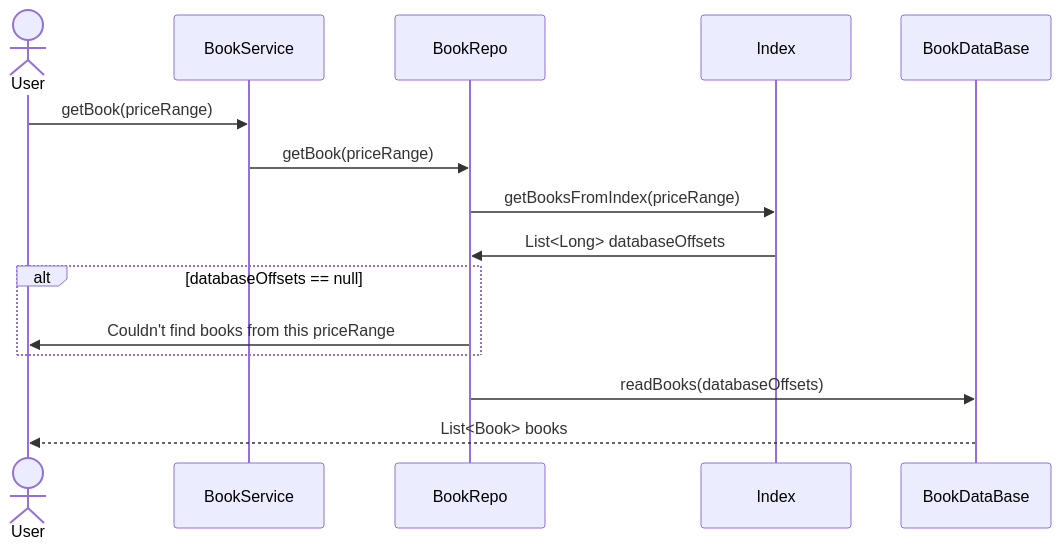
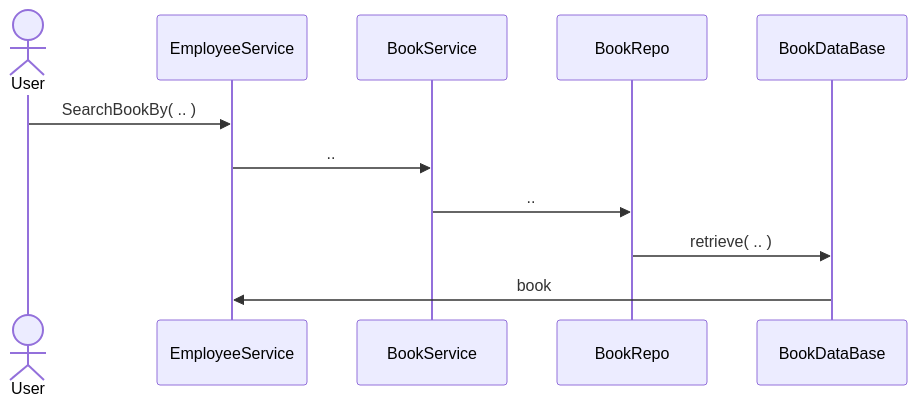
One commit to Apameus/Bookly changed the eighth of 10 diagrams in docs/high_level_architecture.md. Above: the diagram before and after it, drawn with Mermaid. The commit also changed other lines of this file, not shown here.

Commit message:
high_level_architecture.md  BETA

````diff
--- a/docs/high_level_architecture.md
+++ b/docs/high_level_architecture.md
@@ -90,18 +116,13 @@
 ```mermaid
 sequenceDiagram
     actor U as User
+    participant ES as EmployeeService
     participant BS as BookService
     participant BR as BookRepo
-    participant I as Index
     participant DB as BookDataBase
-    U ->> BS: getBook(priceRange)
-    BS ->> BR: getBook(priceRange)
-    BR ->> I: getBooksFromIndex(priceRange)
-    I ->> BR: List<Long> databaseOffsets
-    alt databaseOffsets == null
-        BR ->> U: Couldn't find books from this priceRange    
-    end
-    BR ->> DB: readBooks(databaseOffsets)
-    DB -->> U: List<Book> books
-
+    U ->> ES: SearchBookBy( .. )
+    ES ->> BS: ..
+    BS ->> BR: ..
+    BR ->> DB: retrieve( .. )
+    DB ->> ES: book
 ```
````
